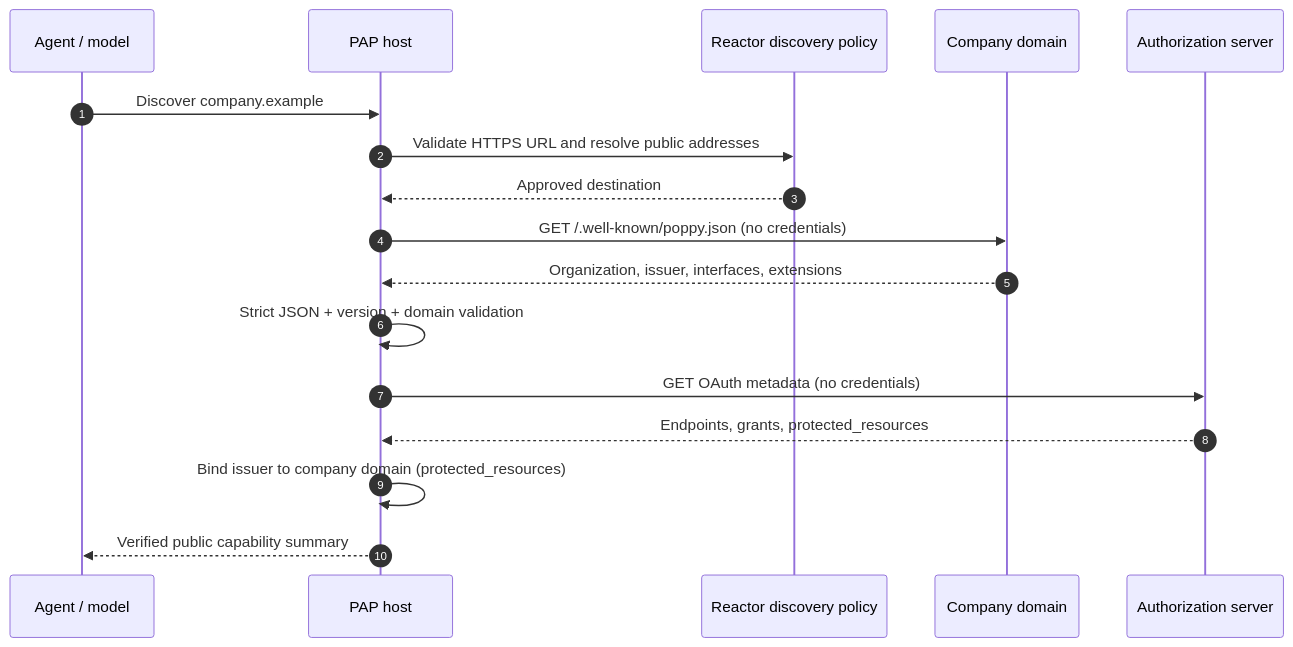
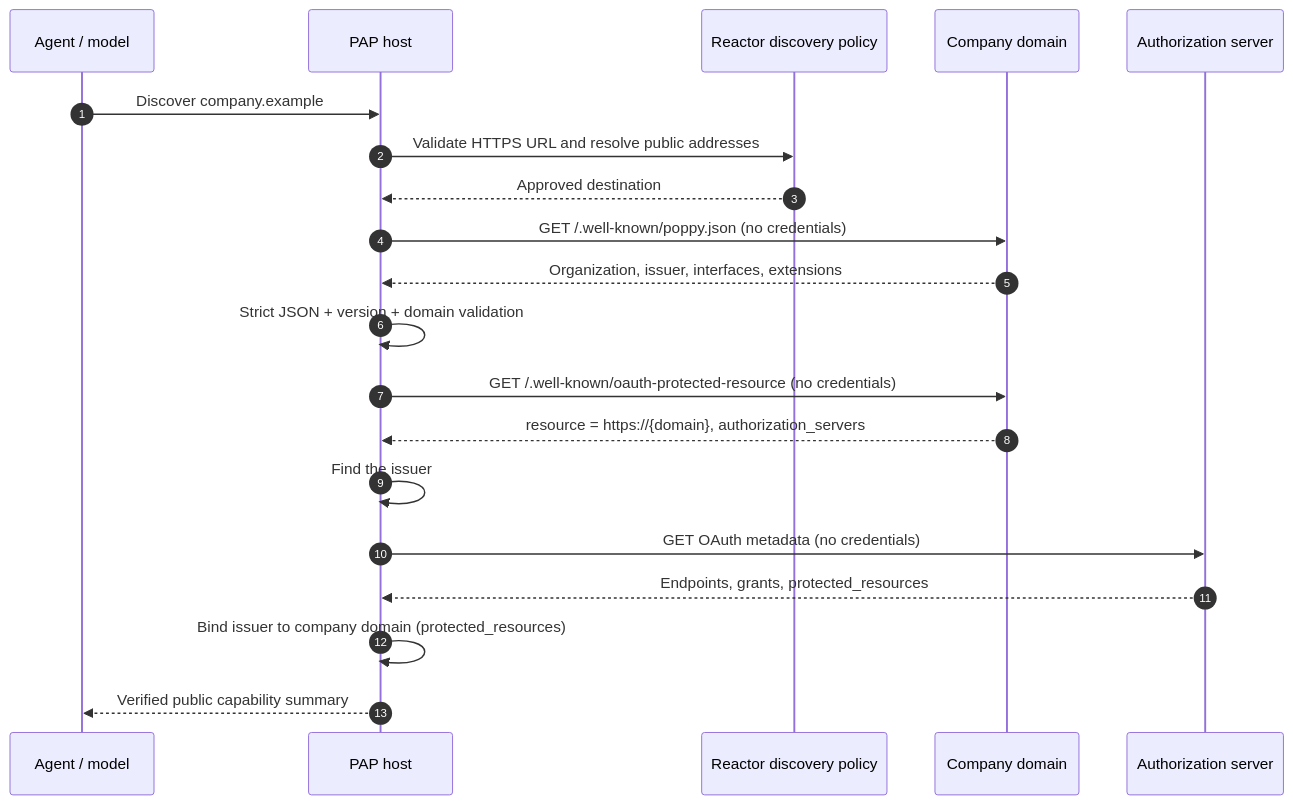
Before and after one commit to datalayer/personal-agent-protocol: the diagram in docs/docs/examples/company-discovery.mdx, drawn with Mermaid. The commit also changed other lines of this file and 36 other files, not shown here.

````diff
--- a/docs/docs/examples/company-discovery.mdx
+++ b/docs/docs/examples/company-discovery.mdx
@@ -18,19 +19,22 @@
 ```mermaid
 sequenceDiagram
   autonumber
   participant M as Agent / model
   participant H as PAP host
   participant R as Reactor discovery policy
   participant C as Company domain
   participant A as Authorization server
   M->>H: Discover company.example
   H->>R: Validate HTTPS URL and resolve public addresses
   R-->>H: Approved destination
   H->>C: GET /.well-known/poppy.json (no credentials)
   C-->>H: Organization, issuer, interfaces, extensions
   H->>H: Strict JSON + version + domain validation
+  H->>C: GET /.well-known/oauth-protected-resource (no credentials)
+  C-->>H: resource = https://{domain}, authorization_servers
+  H->>H: Find the issuer
   H->>A: GET OAuth metadata (no credentials)
   A-->>H: Endpoints, grants, protected_resources
   H->>H: Bind issuer to company domain (protected_resources)
   H-->>M: Verified public capability summary
 ```
````
